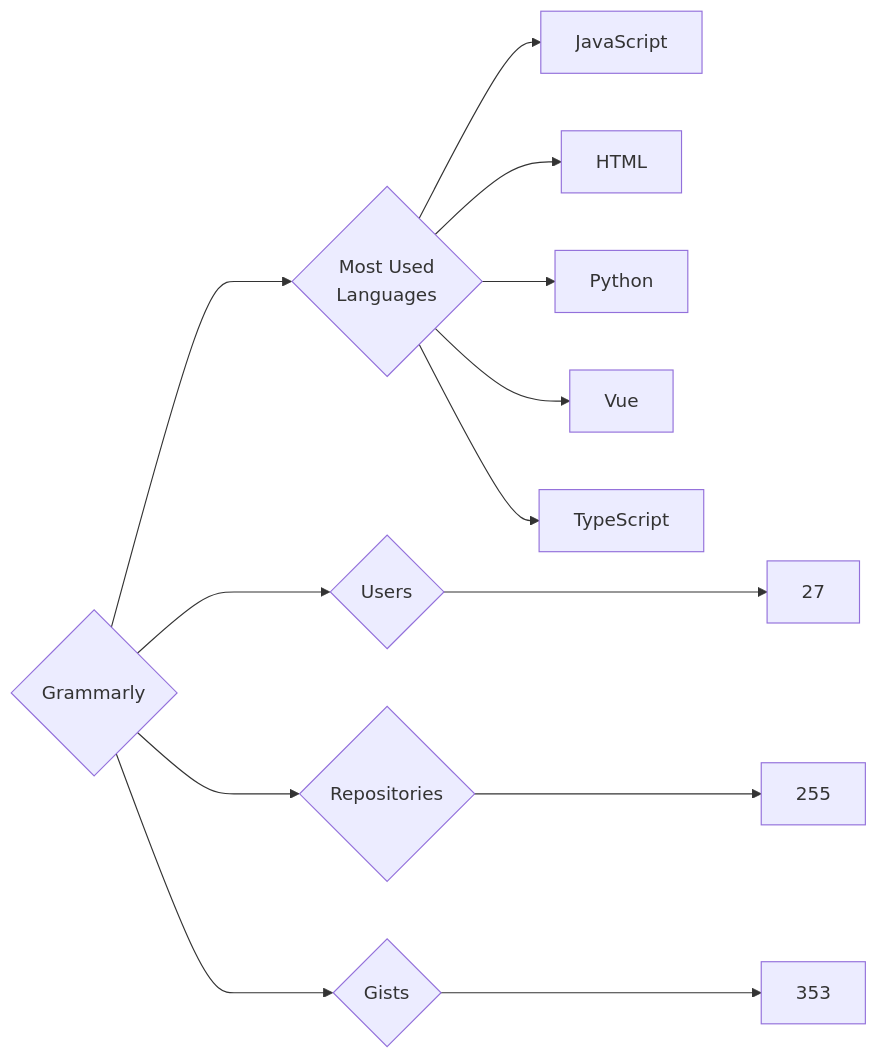
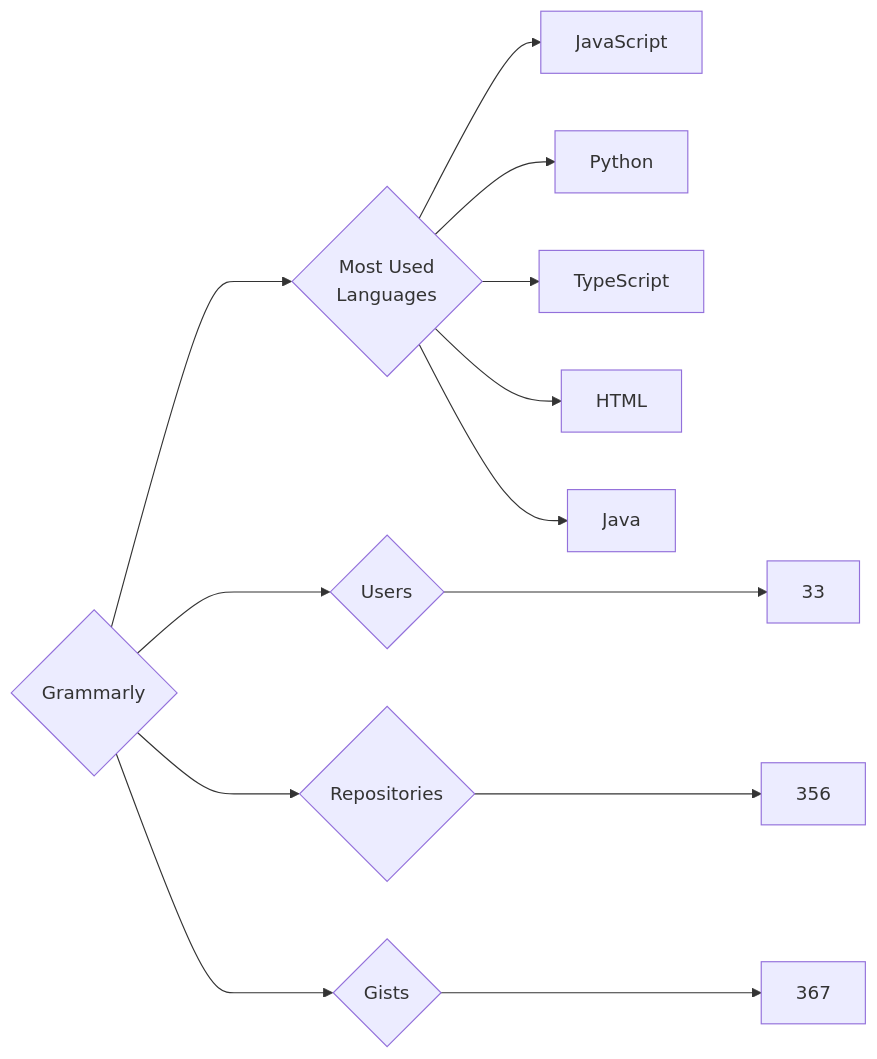
Before and after one commit to trickest/insiders: the diagram in targets/Grammarly/README.md, drawn with Mermaid. The commit also changed 714 other files, not shown here.

````diff
--- a/targets/Grammarly/README.md
+++ b/targets/Grammarly/README.md
@@ -3,13 +3,13 @@
 ```mermaid
 graph LR
 COMPANY_NAME{Grammarly}
-COMPANY_NAME ---> U{Users} ---> UN[27]
-COMPANY_NAME ---> R{Repositories} ---> RN[255]
-COMPANY_NAME ---> G{Gists} ---> GN[353]
+COMPANY_NAME ---> U{Users} ---> UN[33]
+COMPANY_NAME ---> R{Repositories} ---> RN[356]
+COMPANY_NAME ---> G{Gists} ---> GN[367]
 COMPANY_NAME ---> ML{Most Used<br>Languages}
 ML --> JavaScript[JavaScript]
+ML --> Python[Python]
+ML --> TypeScript[TypeScript]
 ML --> HTML[HTML]
-ML --> Python[Python]
-ML --> Vue[Vue]
-ML --> TypeScript[TypeScript]
+ML --> Java[Java]
 ```
````
